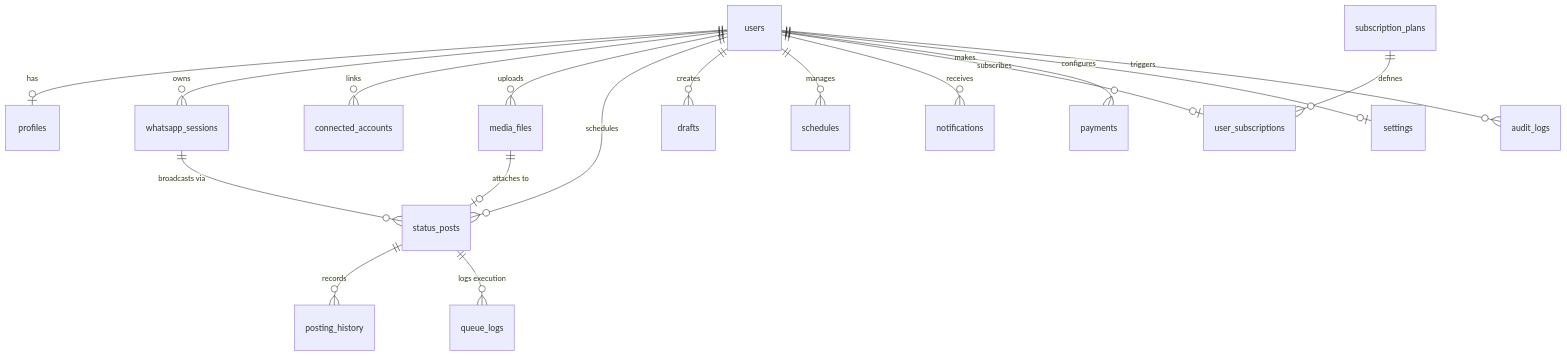
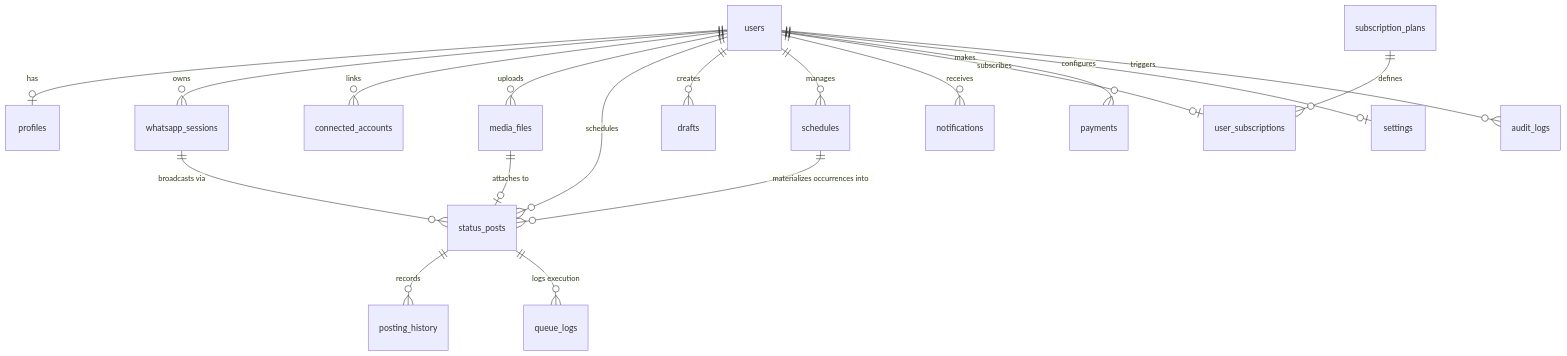
Before and after one commit to abohrandy/StatusFlow: the diagram in docs/database/ERD.md, drawn with Mermaid. The commit also changed 15 other files, not shown here.

````diff
--- a/docs/database/ERD.md
+++ b/docs/database/ERD.md
@@ -3,21 +3,22 @@
 ```mermaid
 erDiagram
     users ||--o| profiles : "has"
     users ||--o{ whatsapp_sessions : "owns"
     users ||--o{ connected_accounts : "links"
     users ||--o{ media_files : "uploads"
     users ||--o{ status_posts : "schedules"
     users ||--o{ drafts : "creates"
     users ||--o{ schedules : "manages"
     users ||--o{ notifications : "receives"
     users ||--o| user_subscriptions : "subscribes"
     users ||--o{ payments : "makes"
     users ||--o| settings : "configures"
     users ||--o{ audit_logs : "triggers"
 
     subscription_plans ||--o{ user_subscriptions : "defines"
     whatsapp_sessions ||--o{ status_posts : "broadcasts via"
     media_files ||--o| status_posts : "attaches to"
     status_posts ||--o{ posting_history : "records"
     status_posts ||--o{ queue_logs : "logs execution"
+    schedules ||--o{ status_posts : "materializes occurrences into"
 ```
````
